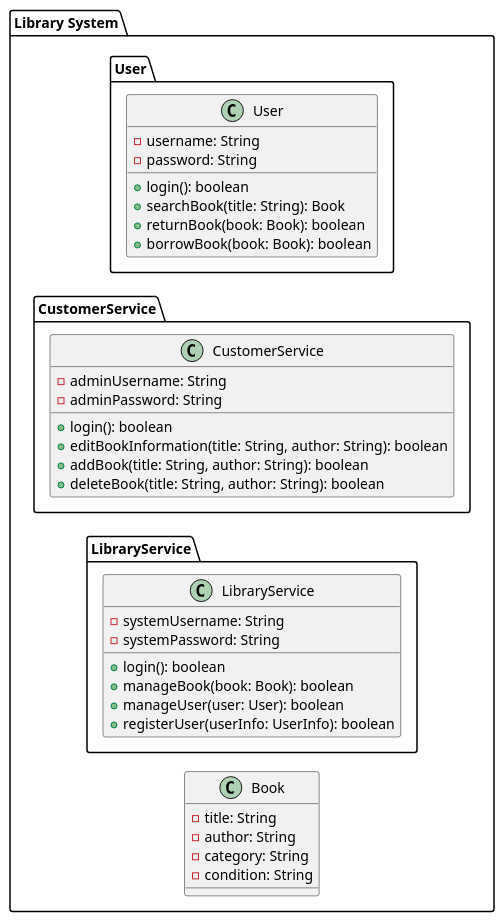
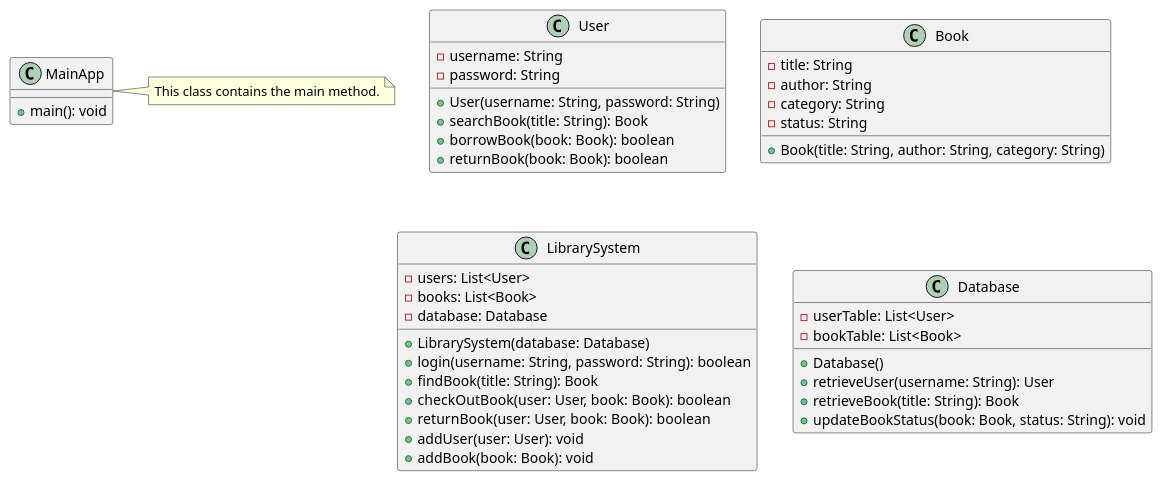
The third of 7 diagrams in src/main/java/AnalyseLibrarySystem/LibraryUML.puml (JananJavdan/BibliotheekSysteem), drawn with PlantUML before and after one commit. The commit also changed other lines of this file and 8 other files, not shown here.

```diff
--- a/src/main/java/AnalyseLibrarySystem/LibraryUML.puml
+++ b/src/main/java/AnalyseLibrarySystem/LibraryUML.puml
@@ -1,44 +170,50 @@
 @startuml
-left to right direction
 
-package "Library System" {
-    package "User" {
-        class User {
-            - username: String
-            - password: String
-            + login(): boolean
-            + searchBook(title: String): Book
-            + returnBook(book: Book): boolean
-            + borrowBook(book: Book): boolean
-        }
-    }
+class User {
+  -username: String
+  -password: String
+  +User(username: String, password: String)
+  +searchBook(title: String): Book
+  +borrowBook(book: Book): boolean
+  +returnBook(book: Book): boolean
+}
 
-    package "CustomerService" {
-        class CustomerService {
-            - adminUsername: String
-            - adminPassword: String
-            + login(): boolean
-            + editBookInformation(title: String, author: String): boolean
-            + addBook(title: String, author: String): boolean
-            + deleteBook(title: String, author: String): boolean
-        }
-    }
+class Book {
+  -title: String
+  -author: String
+  -category: String
+  -status: String
+  +Book(title: String, author: String, category: String)
+}
 
-    package "LibraryService" {
-        class LibraryService {
-            - systemUsername: String
-            - systemPassword: String
-            + login(): boolean
-            + manageBook(book: Book): boolean
-            + manageUser(user: User): boolean
-            + registerUser(userInfo: UserInfo): boolean
-        }
-    }
+class LibrarySystem {
+  -users: List<User>
+  -books: List<Book>
+  -database: Database
+  +LibrarySystem(database: Database)
+  +login(username: String, password: String): boolean
+  +findBook(title: String): Book
+  +checkOutBook(user: User, book: Book): boolean
+  +returnBook(user: User, book: Book): boolean
+  +addUser(user: User): void
+  +addBook(book: Book): void
+}
 
-    class Book {
-        - title: String
-        - author: String
-        - category: String
-        - condition: String
-    }
-    @enduml
+class Database {
+  -userTable: List<User>
+  -bookTable: List<Book>
+  +Database()
+  +retrieveUser(username: String): User
+  +retrieveBook(title: String): Book
+  +updateBookStatus(book: Book, status: String): void
+}
+
+class MainApp {
+  +main(): void
+}
+
+note right of MainApp
+  This class contains the main method.
+end note
+
+@enduml
```
